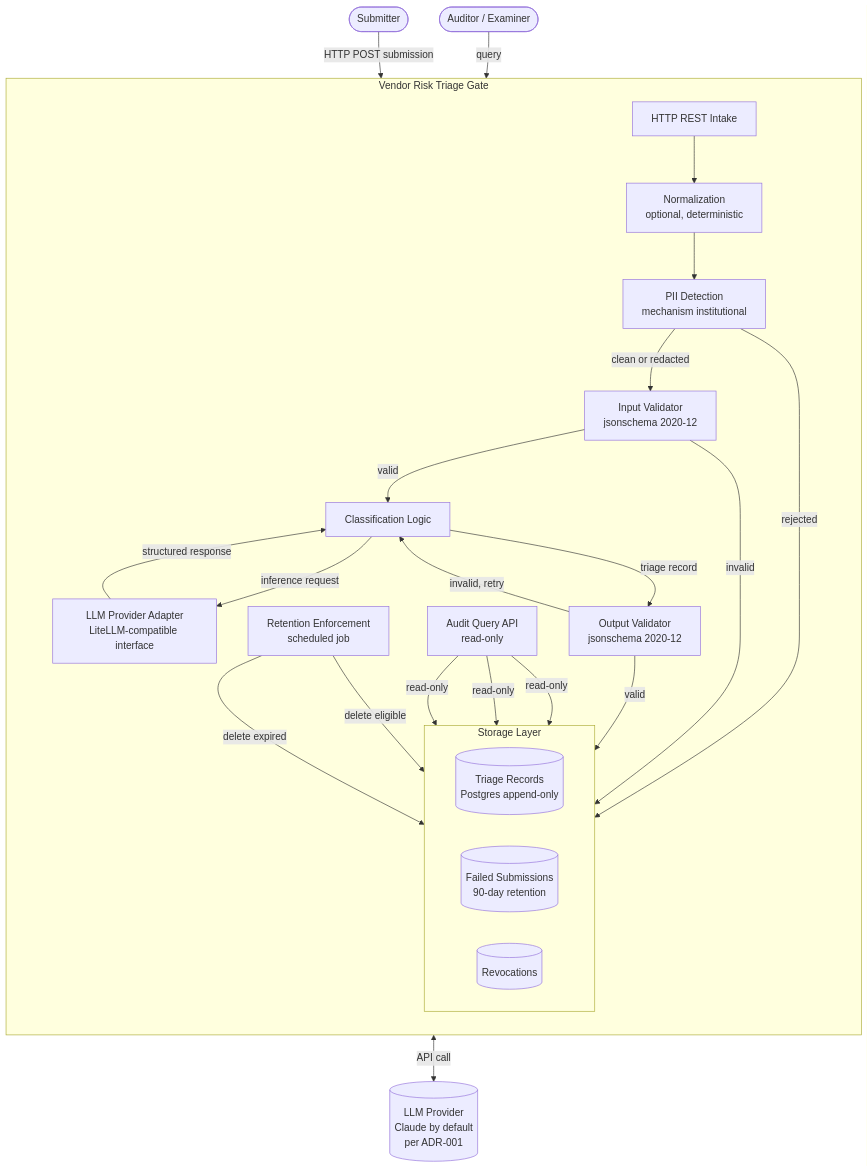
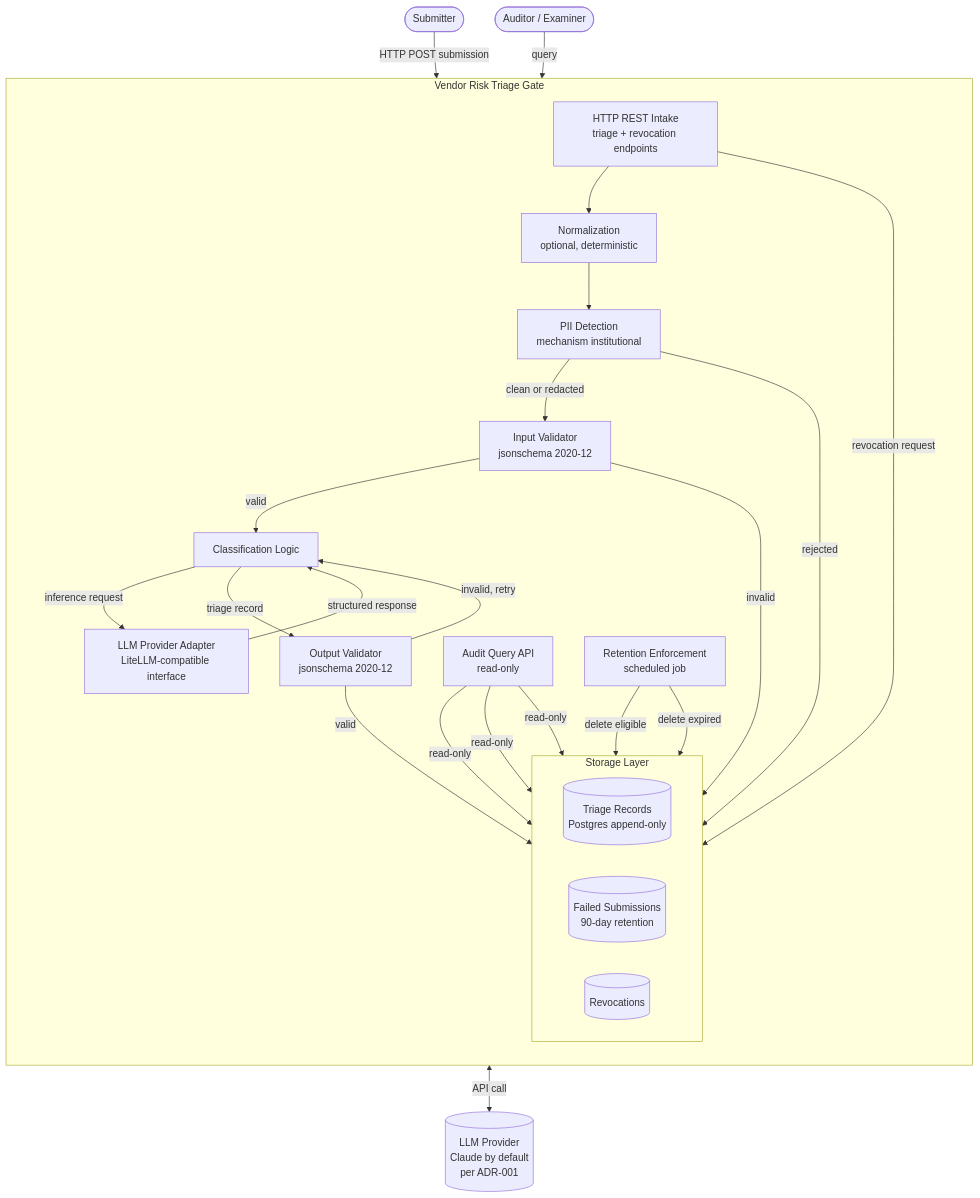
The diagram in docs/phase-2/01-system-architecture.md (sitkastack/vendor-risk-triage), drawn with Mermaid before and after one commit. The commit also changed other lines of this file, not shown here.

Commit message:
Phase 2: complete 01-system-architecture.md (eleven components, Mermaid diagram, unified intake for triage + revocation, idempotent submission, human override workflow, prompt versioning)

````diff
--- a/docs/phase-2/01-system-architecture.md
+++ b/docs/phase-2/01-system-architecture.md
@@ -23,52 +23,55 @@
 ```mermaid
 flowchart TB
     %% External actors and dependencies
     Submitter([Submitter])
     Auditor([Auditor / Examiner])
     LLMProvider[(LLM Provider<br/>Claude by default<br/>per ADR-001)]
     
     %% Internal gate components
     subgraph Gate[Vendor Risk Triage Gate]
         direction TB
-        Transport[HTTP REST Intake]
+        Transport[HTTP REST Intake<br/>triage + revocation endpoints]
         Normalize[Normalization<br/>optional, deterministic]
         PIIDetect[PII Detection<br/>mechanism institutional]
         InputVal[Input Validator<br/>jsonschema 2020-12]
         Classifier[Classification Logic]
         Adapter[LLM Provider Adapter<br/>LiteLLM-compatible interface]
         OutputVal[Output Validator<br/>jsonschema 2020-12]
         
         subgraph Storage[Storage Layer]
             direction LR
             Records[(Triage Records<br/>Postgres append-only)]
             FailedSubs[(Failed Submissions<br/>90-day retention)]
             Revocations[(Revocations)]
         end
         
         AuditAPI[Audit Query API<br/>read-only]
         RetentionJob[Retention Enforcement<br/>scheduled job]
     end
     
     %% Submission flow
     Submitter -->|HTTP POST submission| Transport
     Transport --> Normalize
     Normalize --> PIIDetect
     PIIDetect -->|clean or redacted| InputVal
     PIIDetect -->|rejected| FailedSubs
     InputVal -->|valid| Classifier
     InputVal -->|invalid| FailedSubs
     Classifier -->|inference request| Adapter
     Adapter <-->|API call| LLMProvider
     Adapter -->|structured response| Classifier
     Classifier -->|triage record| OutputVal
     OutputVal -->|valid| Records
     OutputVal -->|invalid, retry| Classifier
     
+    %% Revocation flow
+    Transport -->|revocation request| Revocations
+    
     %% Audit and retention paths
     Auditor -->|query| AuditAPI
     AuditAPI -->|read-only| Records
     AuditAPI -->|read-only| FailedSubs
     AuditAPI -->|read-only| Revocations
     RetentionJob -->|delete eligible| Records
     RetentionJob -->|delete expired| FailedSubs
 ```
````
